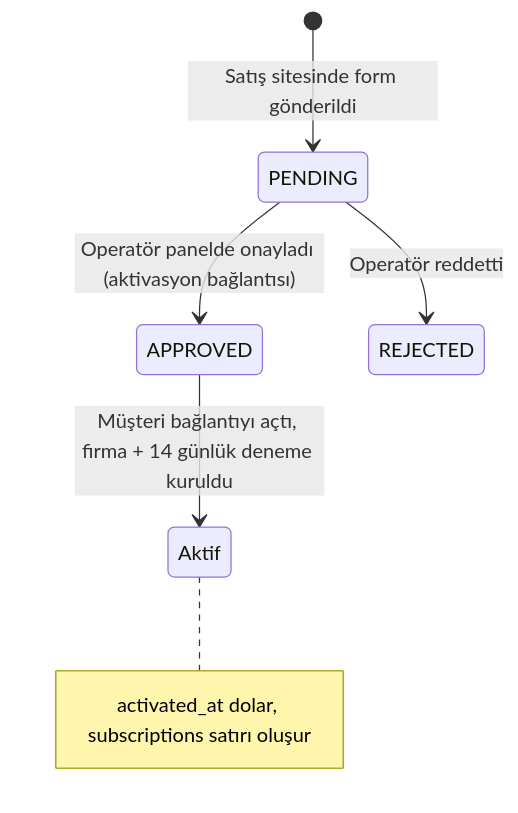
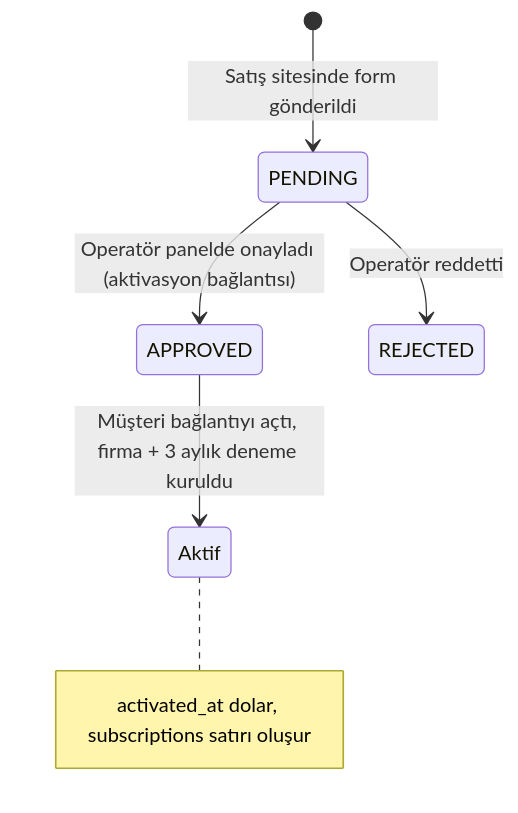
Before and after one commit to shosgoren/EtkinWMS: the fifth of 5 diagrams in docs/fonksiyonel-mimari/03b-veri-sozlugu-kimlik-platform.md, drawn with Mermaid. The commit also changed other lines of this file, not shown here.

Commit message:
docs(T-1028): kimlik/platform veri sözlüğü
Claude-Session: https://claude.ai/code/session_015tP1ZCc8GvTbwVBRKTXTgR

````diff
--- a/docs/fonksiyonel-mimari/03b-veri-sozlugu-kimlik-platform.md
+++ b/docs/fonksiyonel-mimari/03b-veri-sozlugu-kimlik-platform.md
@@ -764,8 +764,8 @@
 ```mermaid
 stateDiagram-v2
     [*] --> PENDING: Satış sitesinde form gönderildi
     PENDING --> APPROVED: Operatör panelde onayladı (aktivasyon bağlantısı)
     PENDING --> REJECTED: Operatör reddetti
-    APPROVED --> Aktif: Müşteri bağlantıyı açtı, firma + 14 günlük deneme kuruldu
+    APPROVED --> Aktif: Müşteri bağlantıyı açtı, firma + 3 aylık deneme kuruldu
     note right of Aktif: activated_at dolar, subscriptions satırı oluşur
 ```
````
